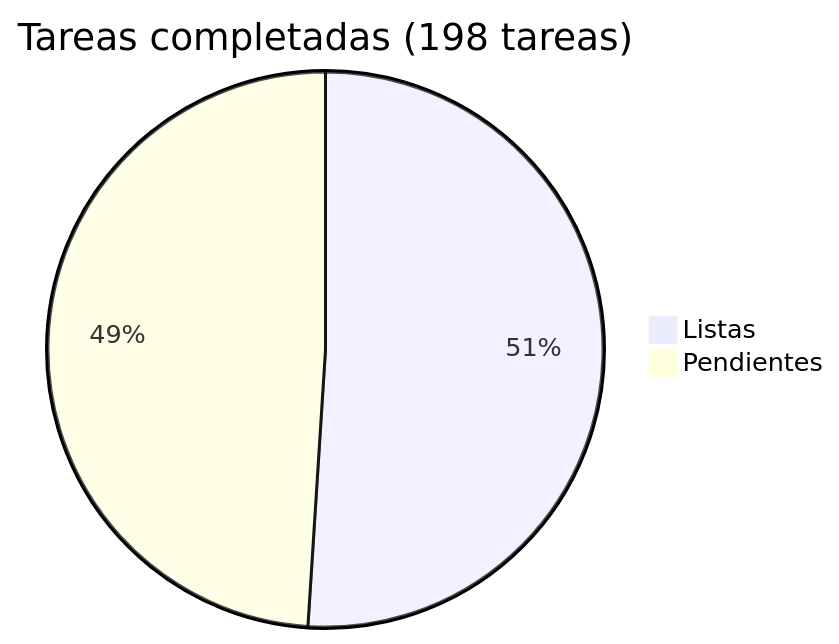
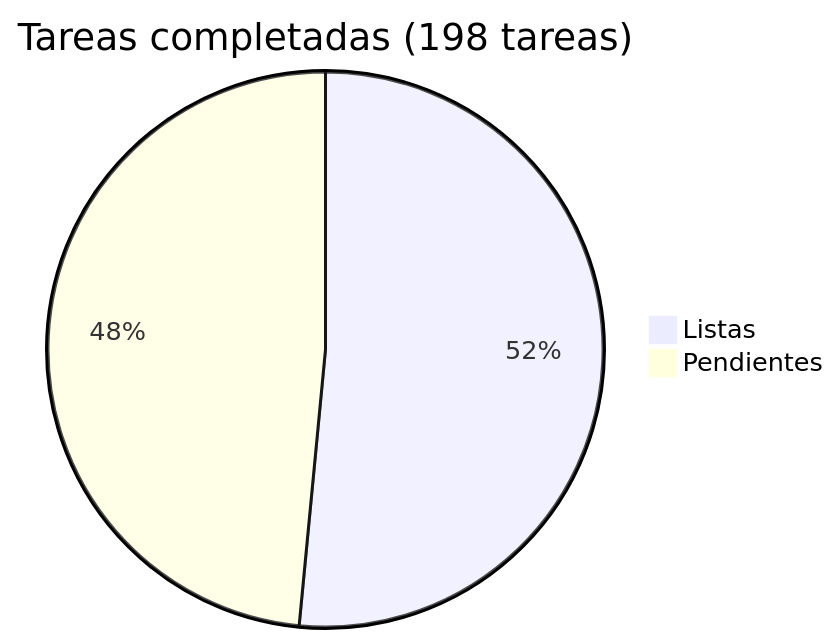
The diagram in docs/roadmap/README.md (araguaney-lat/araguaney), drawn with Mermaid before and after one commit. The commit also changed other lines of this file and 4 other files, not shown here.

````diff
--- a/docs/roadmap/README.md
+++ b/docs/roadmap/README.md
@@ -5,5 +5,5 @@
 ```mermaid
 pie title Tareas completadas (198 tareas)
-    "Listas" : 101
-    "Pendientes" : 97
+    "Listas" : 102
+    "Pendientes" : 96
 ```
````
